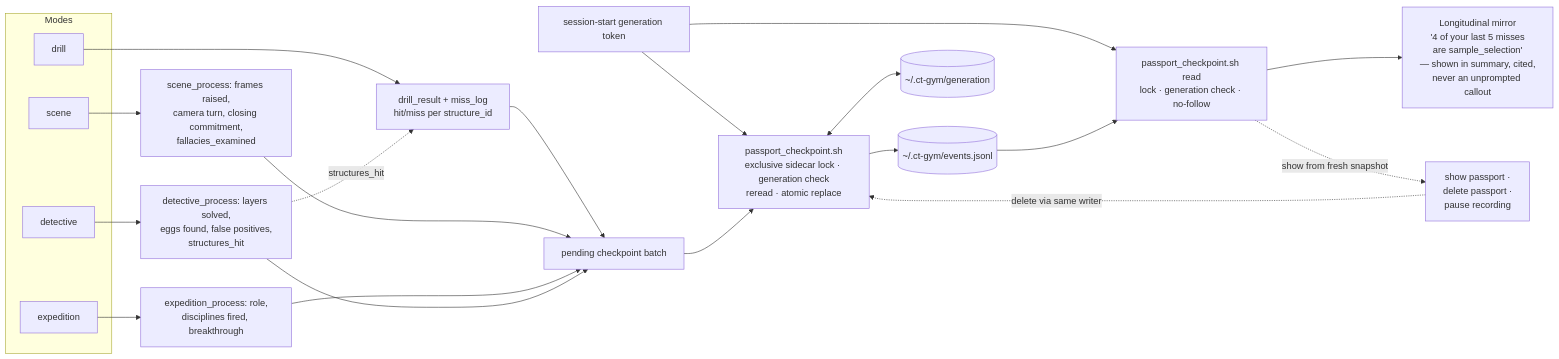
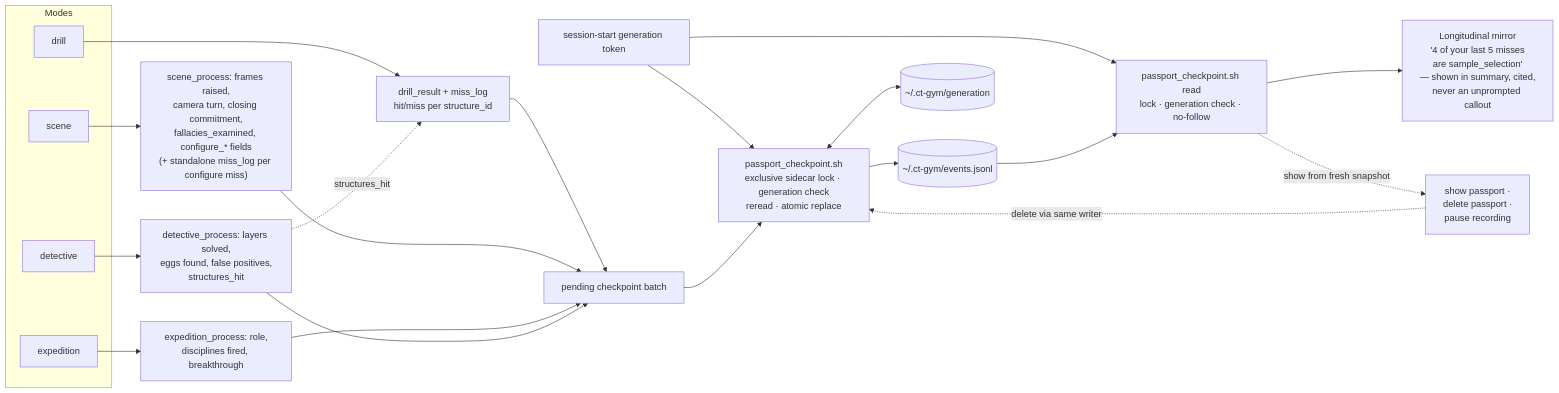
The fifth of 6 diagrams in docs/ARCHITECTURE.md (Imbad0202/critical-thinking-for-humans), drawn with Mermaid before and after one commit. The commit also changed other lines of this file and 20 other files, not shown here.

````diff
--- a/docs/ARCHITECTURE.md
+++ b/docs/ARCHITECTURE.md
@@ -184,31 +187,31 @@
 ```mermaid
 flowchart LR
     subgraph Modes
         D[drill]
         S[scene]
         E[expedition]
         DT[detective]
     end
 
     D --> EV1["drill_result + miss_log<br/>hit/miss per structure_id"]
-    S --> EV2["scene_process: frames raised,<br/>camera turn, closing commitment,<br/>fallacies_examined"]
+    S --> EV2["scene_process: frames raised,<br/>camera turn, closing commitment,<br/>fallacies_examined, configure_* fields<br/>(+ standalone miss_log per configure miss)"]
     E --> EV3["expedition_process: role,<br/>disciplines fired, breakthrough"]
     DT --> EV4["detective_process: layers solved,<br/>eggs found, false positives,<br/>structures_hit"]
 
     EV1 --> Batch["pending checkpoint batch"]
     EV2 --> Batch
     EV3 --> Batch
     EV4 --> Batch
     Epoch["session-start generation token"] --> Writer
     Batch --> Writer["passport_checkpoint.sh<br/>exclusive sidecar lock · generation check<br/>reread · atomic replace"]
     Writer --> Log[(~/.ct-gym/events.jsonl)]
     Writer <--> Generation[(~/.ct-gym/generation)]
     Epoch --> Reader["passport_checkpoint.sh read<br/>lock · generation check · no-follow"]
     Log --> Reader
     EV4 -. "structures_hit" .-> EV1
 
     Reader --> Mirror["Longitudinal mirror<br/>'4 of your last 5 misses<br/>are sample_selection'<br/>— shown in summary, cited,<br/>never an unprompted callout"]
 
     Reader -. "show from fresh snapshot" .-> Controls["show passport ·<br/>delete passport ·<br/>pause recording"]
     Controls -. "delete via same writer" .-> Writer
 ```
````
